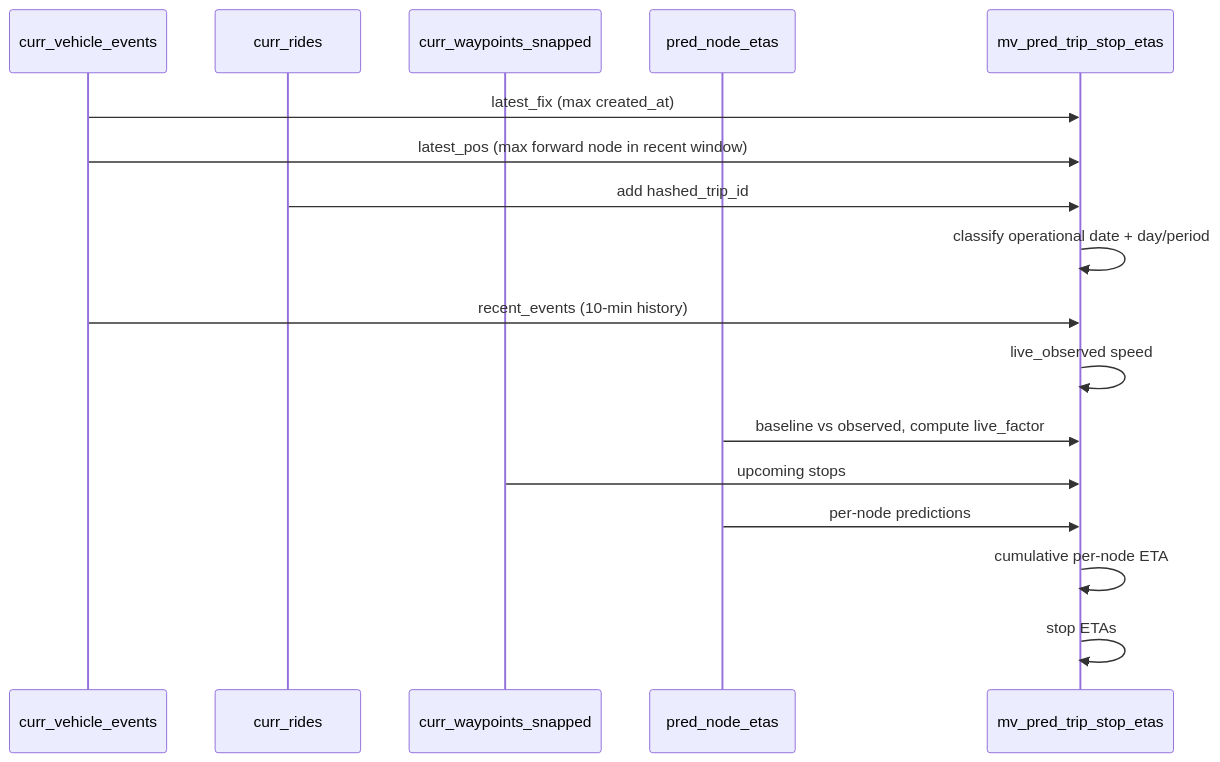
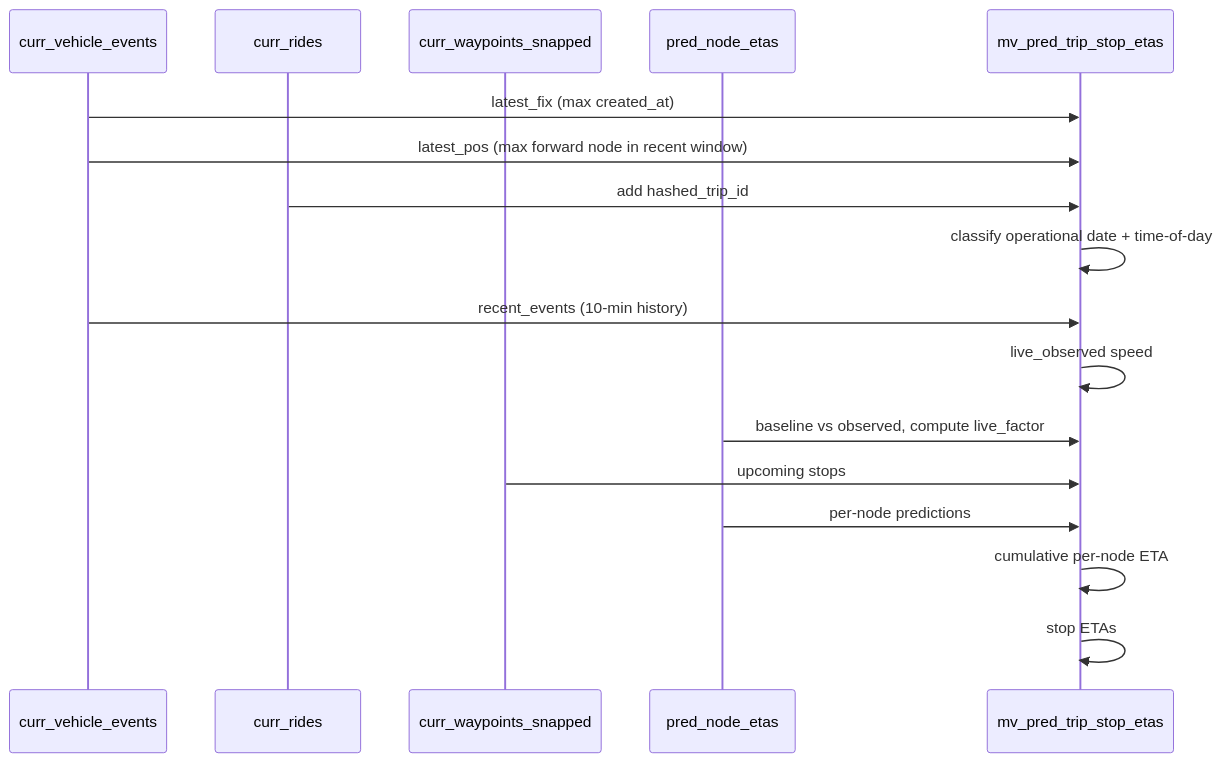
One commit to tmlmobilidade/go changed the fourth of 4 diagrams in modules/eta/docs/mv-predict-trip-stop-etas.md. Above: the diagram before and after it, drawn with Mermaid. The commit also changed other lines of this file and 9 other files, not shown here.

First line of the commit message:
refactor(eta): simplify time classification by removing period categorization

````diff
--- a/modules/eta/docs/mv-predict-trip-stop-etas.md
+++ b/modules/eta/docs/mv-predict-trip-stop-etas.md
@@ -192,20 +192,20 @@
 ```mermaid
 sequenceDiagram
   participant E as curr_vehicle_events
   participant R as curr_rides
   participant W as curr_waypoints_snapped
   participant P as pred_node_etas
   participant MV as mv_pred_trip_stop_etas
 
   E->>MV: latest_fix (max created_at)
   E->>MV: latest_pos (max forward node in recent window)
   R->>MV: add hashed_trip_id
-  MV->>MV: classify operational date + day/period
+  MV->>MV: classify operational date + time-of-day
   E->>MV: recent_events (10-min history)
   MV->>MV: live_observed speed
   P->>MV: baseline vs observed, compute live_factor
   W->>MV: upcoming stops
   P->>MV: per-node predictions
   MV->>MV: cumulative per-node ETA
   MV->>MV: stop ETAs
 ```
````
